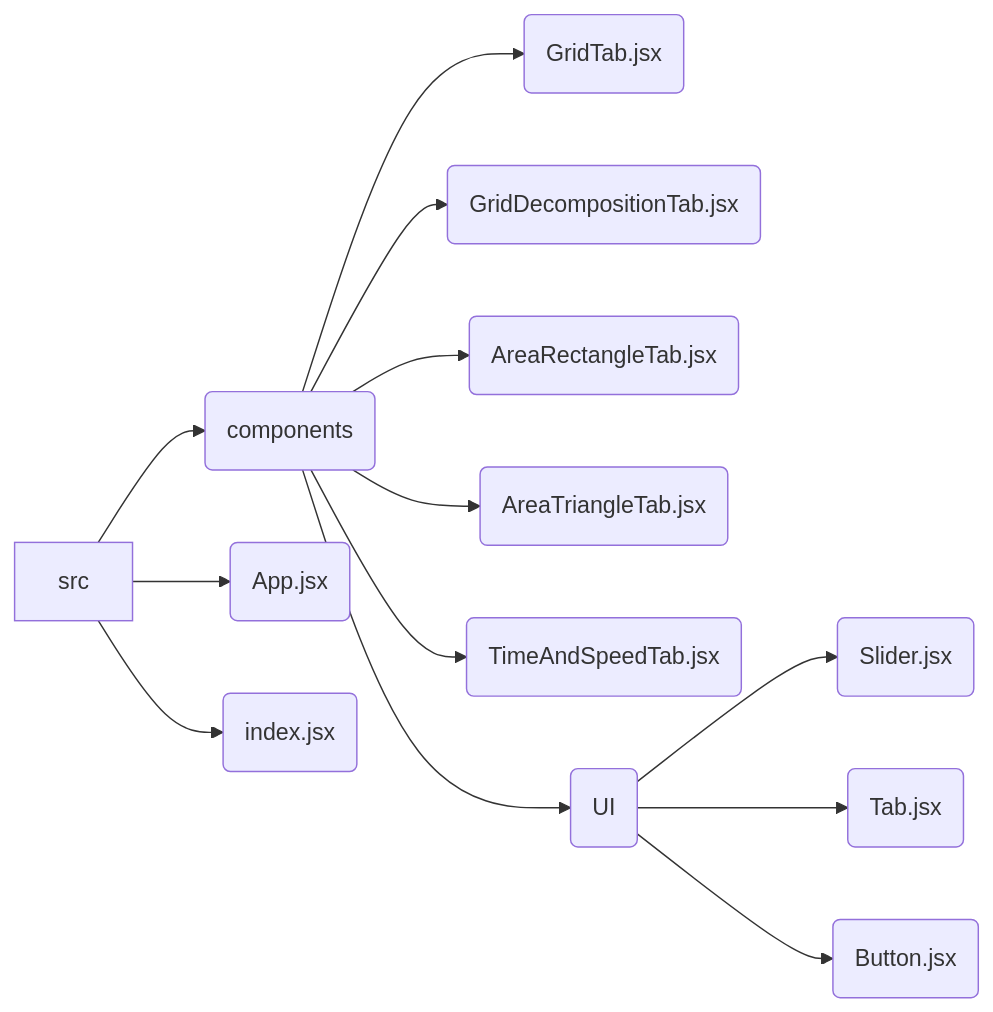
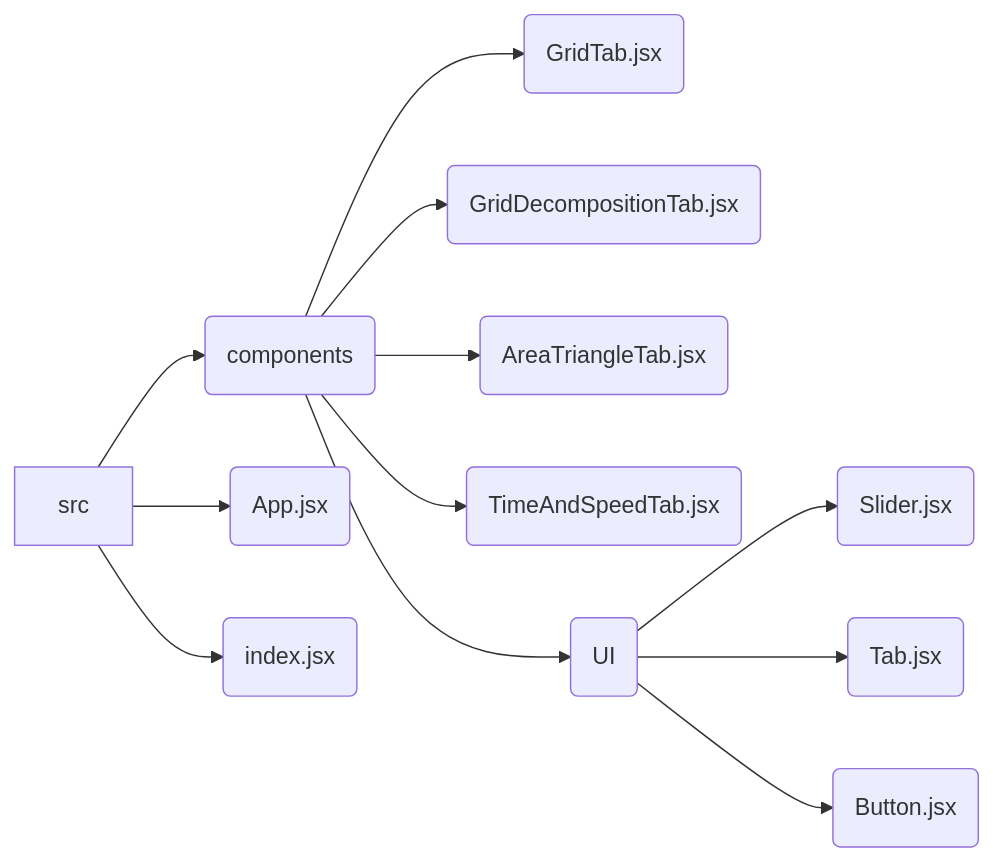
The diagram in RooDocs/design.md (2dice/multiply-visualizer), drawn with Mermaid before and after one commit. The commit also changed other lines of this file and 11 other files, not shown here.

````diff
--- a/RooDocs/design.md
+++ b/RooDocs/design.md
@@ -140,15 +131,14 @@
 ```mermaid
 graph LR
     A[src] --> B(components);
     A --> C(App.jsx);
     A --> D(index.jsx);
     B --> E(GridTab.jsx);
     B --> F(GridDecompositionTab.jsx);
-    B --> G(AreaRectangleTab.jsx);
     B --> H(AreaTriangleTab.jsx);
     B --> I(TimeAndSpeedTab.jsx);
     B --> J(UI);
     J --> K(Slider.jsx);
     J --> L(Tab.jsx);
     J --> M(Button.jsx);
 ```
````
